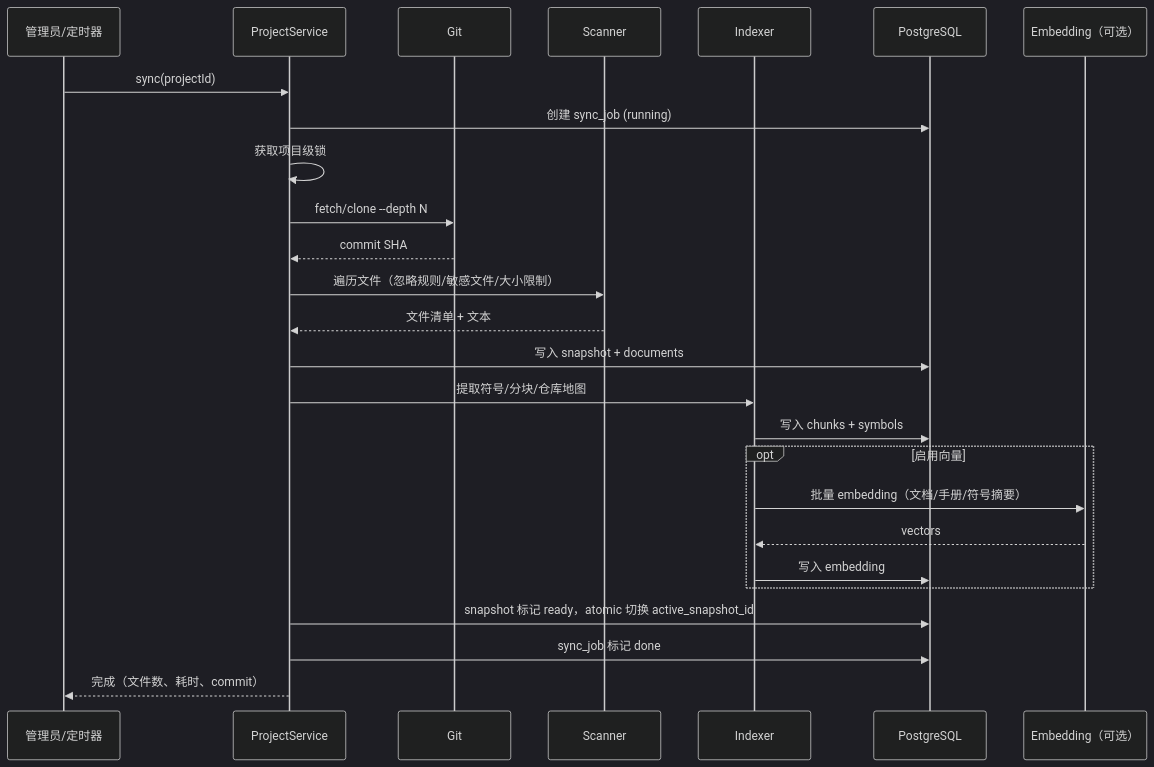
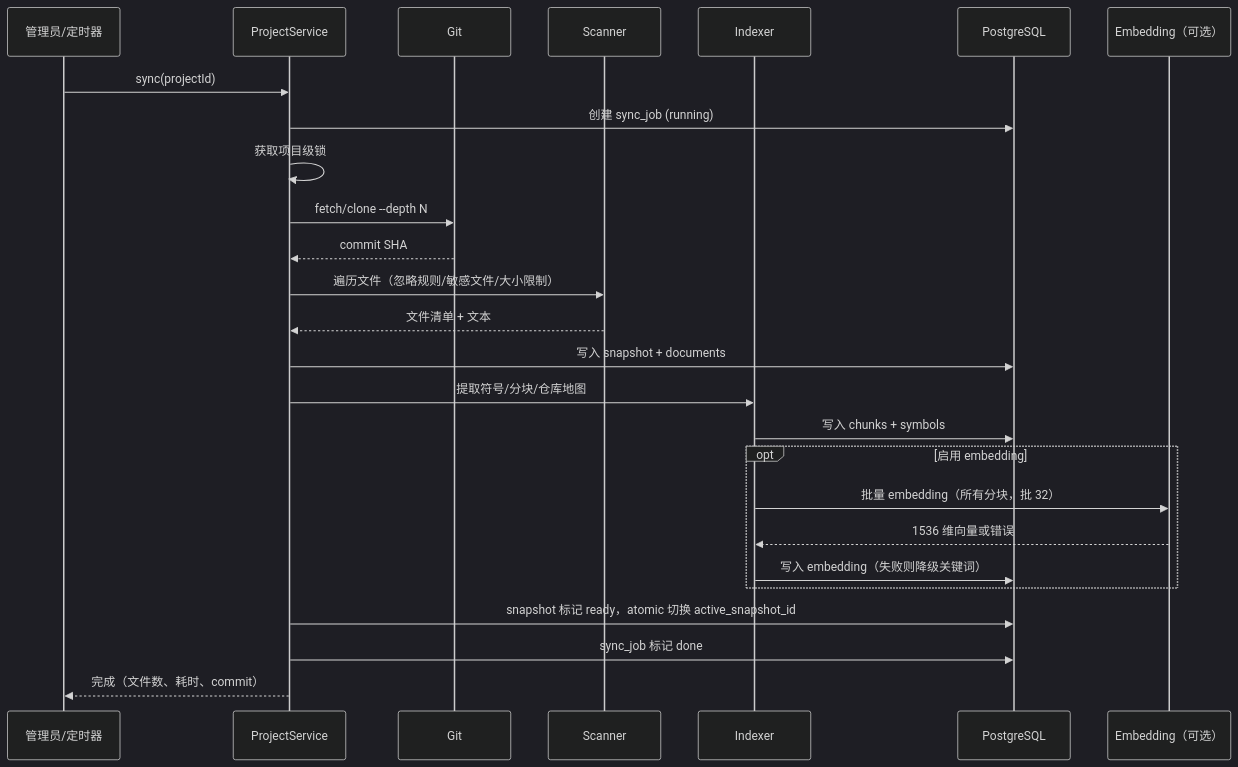
Before and after one commit to SongJok/anthys: the fourth of 4 diagrams in docs/skills-plugins-project-handbook-design.md, drawn with Mermaid (dark theme). The commit also changed other lines of this file and 24 other files, not shown here.

````diff
--- a/docs/skills-plugins-project-handbook-design.md
+++ b/docs/skills-plugins-project-handbook-design.md
@@ -845,29 +856,29 @@
 ```mermaid
 sequenceDiagram
   participant A as 管理员/定时器
   participant S as ProjectService
   participant G as Git
   participant SC as Scanner
   participant IX as Indexer
   participant DB as PostgreSQL
   participant E as Embedding（可选）
 
   A->>S: sync(projectId)
   S->>DB: 创建 sync_job (running)
   S->>S: 获取项目级锁
   S->>G: fetch/clone --depth N
   G-->>S: commit SHA
   S->>SC: 遍历文件（忽略规则/敏感文件/大小限制）
   SC-->>S: 文件清单 + 文本
   S->>DB: 写入 snapshot + documents
   S->>IX: 提取符号/分块/仓库地图
   IX->>DB: 写入 chunks + symbols
-  opt 启用向量
-    IX->>E: 批量 embedding（文档/手册/符号摘要）
-    E-->>IX: vectors
-    IX->>DB: 写入 embedding
+  opt 启用 embedding
+    IX->>E: 批量 embedding（所有分块，批 32）
+    E-->>IX: 1536 维向量或错误
+    IX->>DB: 写入 embedding（失败则降级关键词）
   end
   S->>DB: snapshot 标记 ready，atomic 切换 active_snapshot_id
   S->>DB: sync_job 标记 done
   S-->>A: 完成（文件数、耗时、commit）
 ```
````
